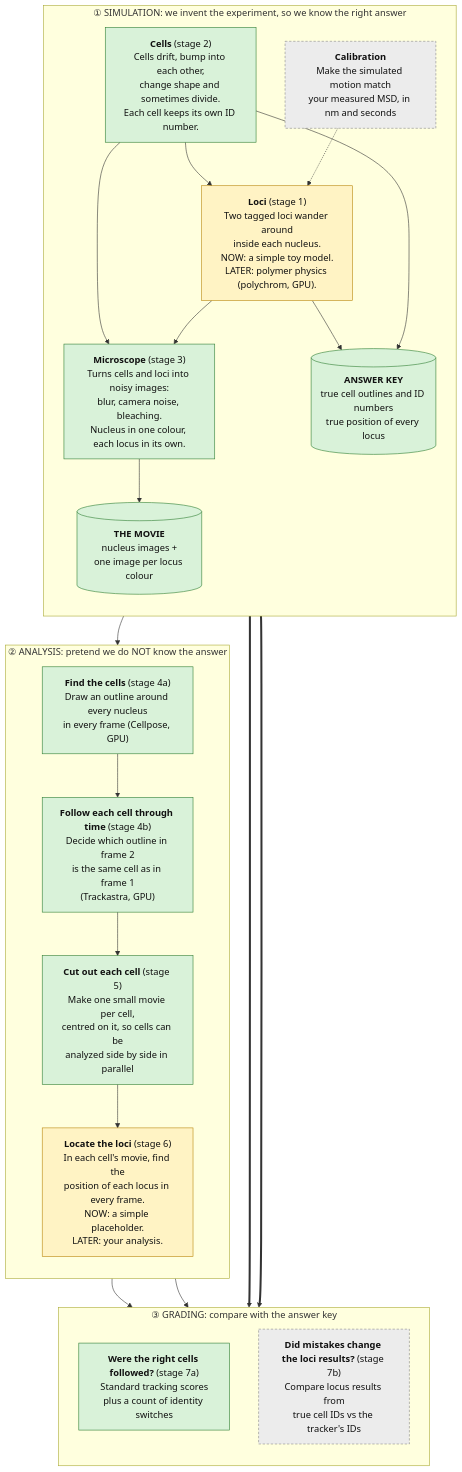
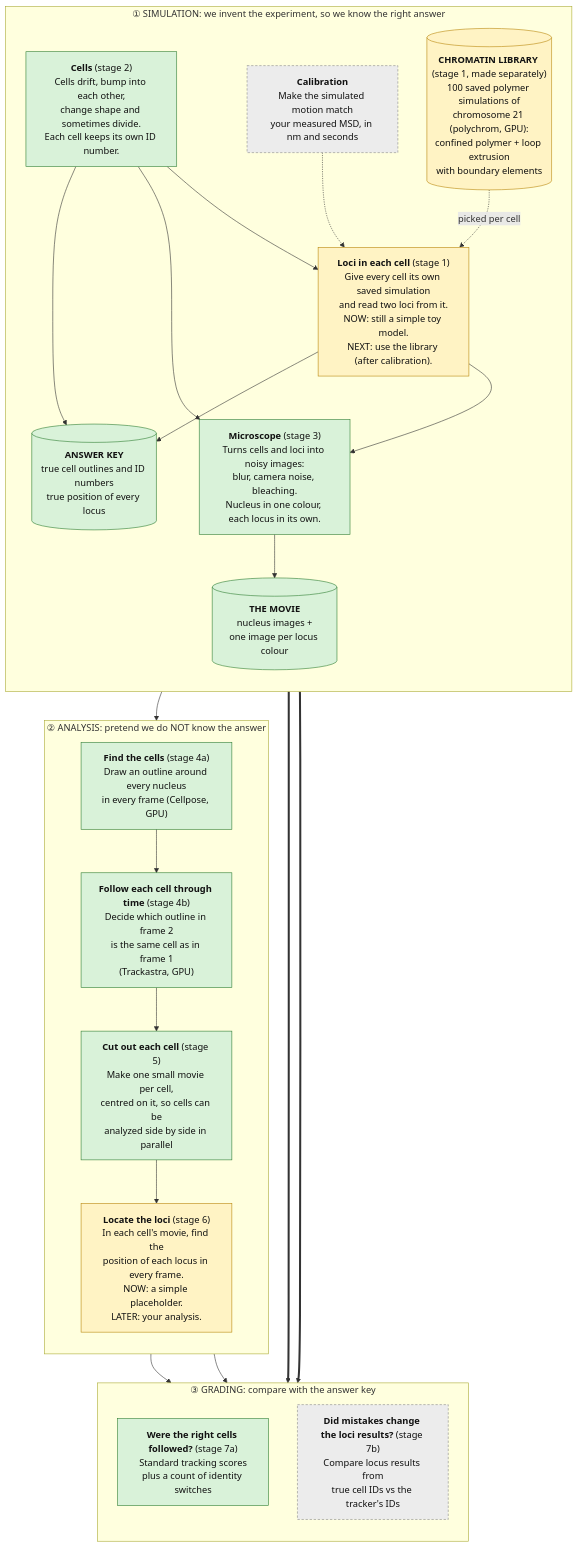
The second of 5 diagrams in docs/ARCHITECTURE.md (CHB-Bohrer/Sim_Live_Cell_Analysis), drawn with Mermaid before and after one commit. The commit also changed other lines of this file and 20 other files, not shown here.

Commit message:
Chromatin library engine: 1D loop extrusion, 3D polychrom runner, analysis, validation + library runners, dashboard tab

````diff
--- a/docs/ARCHITECTURE.md
+++ b/docs/ARCHITECTURE.md
@@ -36,43 +36,45 @@
 ```mermaid
 flowchart TD
     subgraph SIM["① SIMULATION: we invent the experiment, so we know the right answer"]
         direction TB
         S2["<b>Cells</b> (stage 2)<br/>Cells drift, bump into each other,<br/>change shape and sometimes divide.<br/>Each cell keeps its own ID number."]:::built
-        S1["<b>Loci</b> (stage 1)<br/>Two tagged loci wander around<br/>inside each nucleus.<br/>NOW: a simple toy model.<br/>LATER: polymer physics (polychrom, GPU)."]:::standin
+        LIB[("<b>CHROMATIN LIBRARY</b> (stage 1, made separately)<br/>100 saved polymer simulations of<br/>chromosome 21 (polychrom, GPU):<br/>confined polymer + loop extrusion<br/>with boundary elements")]:::standin
+        S1["<b>Loci in each cell</b> (stage 1)<br/>Give every cell its own saved simulation<br/>and read two loci from it.<br/>NOW: still a simple toy model.<br/>NEXT: use the library (after calibration)."]:::standin
         CAL["<b>Calibration</b><br/>Make the simulated motion match<br/>your measured MSD, in nm and seconds"]:::planned
         S3["<b>Microscope</b> (stage 3)<br/>Turns cells and loci into noisy images:<br/>blur, camera noise, bleaching.<br/>Nucleus in one colour, each locus in its own."]:::built
         TRUTH[("<b>ANSWER KEY</b><br/>true cell outlines and ID numbers<br/>true position of every locus")]:::built
         MOVIE[("<b>THE MOVIE</b><br/>nucleus images +<br/>one image per locus colour")]:::built
     end
 
     subgraph ANA["② ANALYSIS: pretend we do NOT know the answer"]
         direction TB
         S4A["<b>Find the cells</b> (stage 4a)<br/>Draw an outline around every nucleus<br/>in every frame (Cellpose, GPU)"]:::built
         S4B["<b>Follow each cell through time</b> (stage 4b)<br/>Decide which outline in frame 2<br/>is the same cell as in frame 1<br/>(Trackastra, GPU)"]:::built
         S5["<b>Cut out each cell</b> (stage 5)<br/>Make one small movie per cell,<br/>centred on it, so cells can be<br/>analyzed side by side in parallel"]:::built
         S6["<b>Locate the loci</b> (stage 6)<br/>In each cell's movie, find the<br/>position of each locus in every frame.<br/>NOW: a simple placeholder.<br/>LATER: your analysis."]:::standin
     end
 
     subgraph GRADE["③ GRADING: compare with the answer key"]
         direction TB
         S7A["<b>Were the right cells followed?</b> (stage 7a)<br/>Standard tracking scores<br/>plus a count of identity switches"]:::built
         S7B["<b>Did mistakes change the loci results?</b> (stage 7b)<br/>Compare locus results from<br/>true cell IDs vs the tracker's IDs"]:::planned
     end
 
     CAL -.-> S1
+    LIB -.->|"picked per cell"| S1
     S2 --> S1
     S1 --> S3
     S2 --> S3
     S3 --> MOVIE
     S2 --> TRUTH
     S1 --> TRUTH
     MOVIE --> S4A --> S4B --> S5 --> S6
     S4B --> S7A
     S6 --> S7B
     TRUTH ==> S7A
     TRUTH ==> S7B
 
     classDef built fill:#d9f2d9,stroke:#2e7d32,color:#111;
     classDef standin fill:#fff3c4,stroke:#b8860b,color:#111;
     classDef planned fill:#ececec,stroke:#888,stroke-dasharray: 4 3,color:#111;
 ```
````
